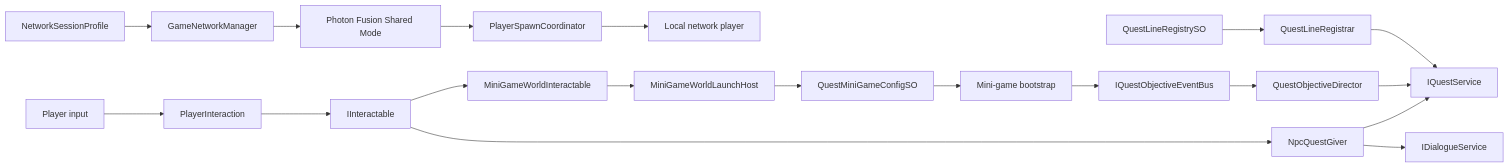
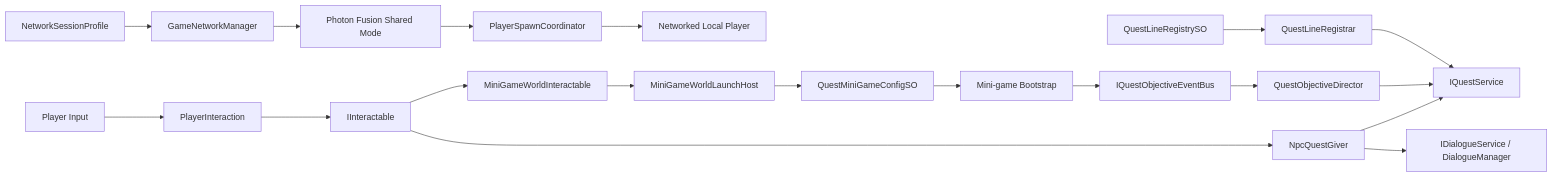
Before and after one commit to kirillmakarov-dev/English-Quest-Online: the diagram in README.md, drawn with Mermaid. The commit also changed other lines of this file and 2 other files, not shown here.

Commit message:
Refresh portfolio documentation and project architecture docs

````diff
--- a/README.md
+++ b/README.md
@@ -45,24 +86,25 @@
 ```mermaid
 flowchart LR
-    Input["Player input"] --> Interaction["PlayerInteraction"]
-    Interaction --> Contract["IInteractable"]
-    Contract --> NPC["NpcQuestGiver"]
-    Contract --> Activity["MiniGameWorldInteractable"]
+    Input["Player Input"] --> Interaction["PlayerInteraction"]
+    Interaction --> Interactable["IInteractable"]
+    Interactable --> NPC["NpcQuestGiver"]
+    Interactable --> Station["MiniGameWorldInteractable"]
 
-    NPC --> Dialogue["IDialogueService"]
-    NPC --> Quests["IQuestService"]
+    NPC --> Dialogue["IDialogueService / DialogueManager"]
+    NPC --> QuestService["IQuestService"]
+
     Registry["QuestLineRegistrySO"] --> Registrar["QuestLineRegistrar"]
-    Registrar --> Quests
+    Registrar --> QuestService
 
-    Activity --> LaunchHost["MiniGameWorldLaunchHost"]
+    Station --> LaunchHost["MiniGameWorldLaunchHost"]
     LaunchHost --> Config["QuestMiniGameConfigSO"]
-    Config --> MiniGame["Mini-game bootstrap"]
-    MiniGame --> Events["IQuestObjectiveEventBus"]
-    Events --> Director["QuestObjectiveDirector"]
-    Director --> Quests
+    Config --> Bootstrap["Mini-game Bootstrap"]
+    Bootstrap --> ObjectiveBus["IQuestObjectiveEventBus"]
+    ObjectiveBus --> Director["QuestObjectiveDirector"]
+    Director --> QuestService
 
-    Profile["NetworkSessionProfile"] --> Network["GameNetworkManager"]
+    NetworkProfile["NetworkSessionProfile"] --> Network["GameNetworkManager"]
     Network --> Fusion["Photon Fusion Shared Mode"]
-    Fusion --> Spawner["PlayerSpawnCoordinator"]
-    Spawner --> Player["Local network player"]
+    Fusion --> Spawn["PlayerSpawnCoordinator"]
+    Spawn --> LocalPlayer["Networked Local Player"]
 ```
````
